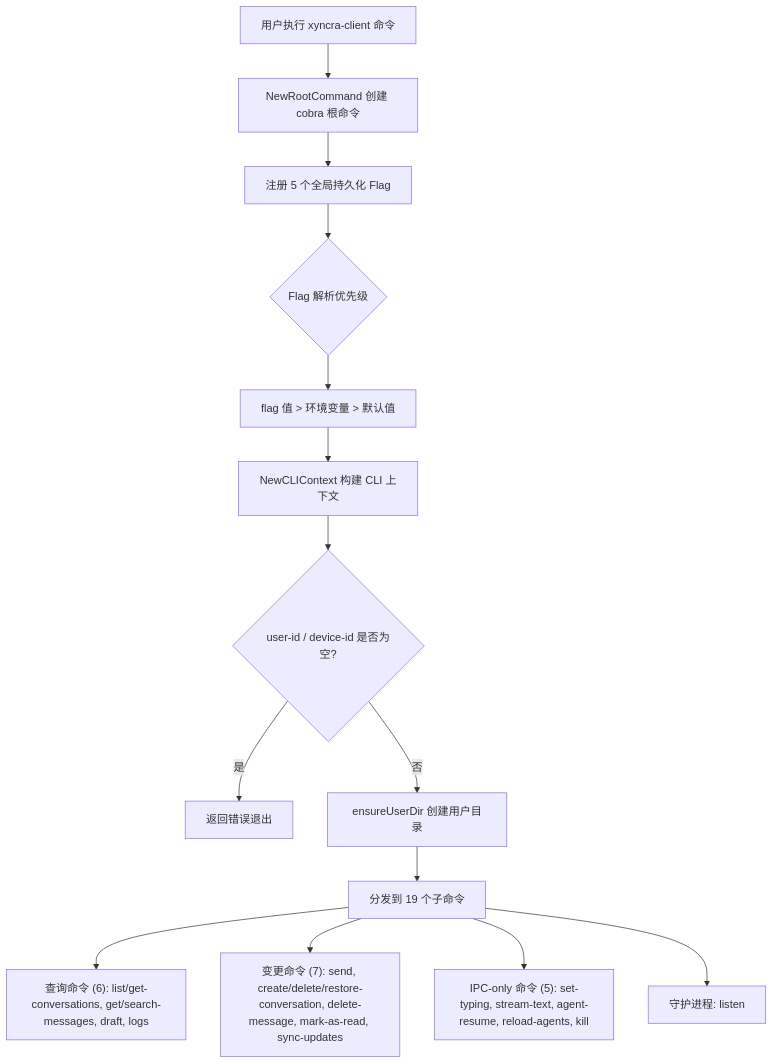
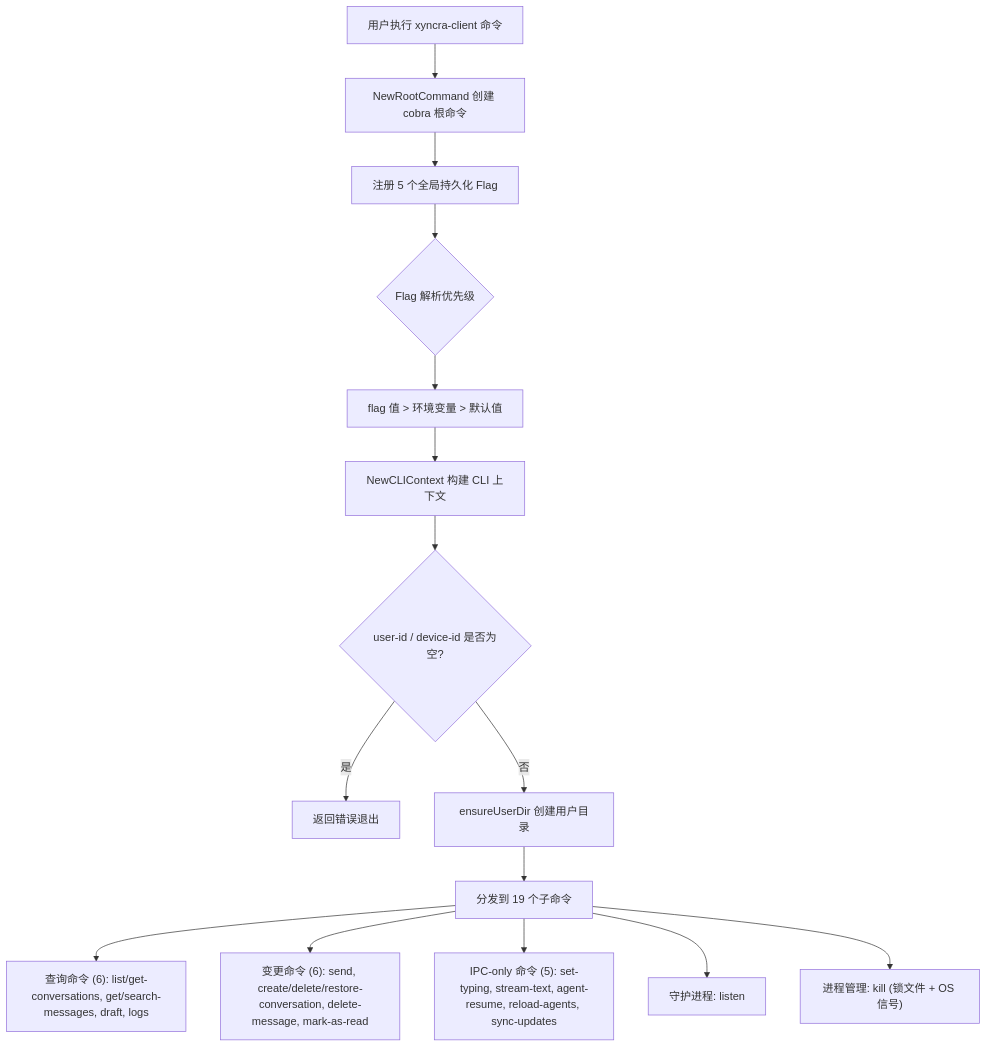
One commit to PineappleBond/xyncra-server changed the first of 15 diagrams in wiki/flows/cli-observability.md. Above: the diagram before and after it, drawn with Mermaid. The commit also changed other lines of this file and 19 other files, not shown here.

````diff
--- a/wiki/flows/cli-observability.md
+++ b/wiki/flows/cli-observability.md
@@ -12,16 +12,17 @@
 ```mermaid
 flowchart TD
     A[用户执行 xyncra-client 命令] --> B[NewRootCommand 创建 cobra 根命令]
     B --> C[注册 5 个全局持久化 Flag]
     C --> D{Flag 解析优先级}
     D --> E["flag 值 > 环境变量 > 默认值"]
     E --> F[NewCLIContext 构建 CLI 上下文]
     F --> G{user-id / device-id 是否为空?}
     G -->|是| H[返回错误退出]
     G -->|否| I[ensureUserDir 创建用户目录]
     I --> J[分发到 19 个子命令]
     J --> J1["查询命令 (6): list/get-conversations, get/search-messages, draft, logs"]
-    J --> J2["变更命令 (7): send, create/delete/restore-conversation, delete-message, mark-as-read, sync-updates"]
-    J --> J3["IPC-only 命令 (5): set-typing, stream-text, agent-resume, reload-agents, kill"]
+    J --> J2["变更命令 (6): send, create/delete/restore-conversation, delete-message, mark-as-read"]
+    J --> J3["IPC-only 命令 (5): set-typing, stream-text, agent-resume, reload-agents, sync-updates"]
     J --> J4["守护进程: listen"]
+    J --> J5["进程管理: kill (锁文件 + OS 信号)"]
 ```
````
